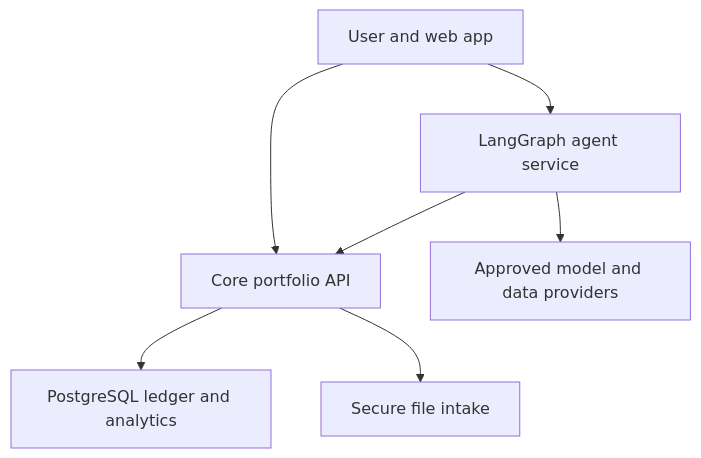
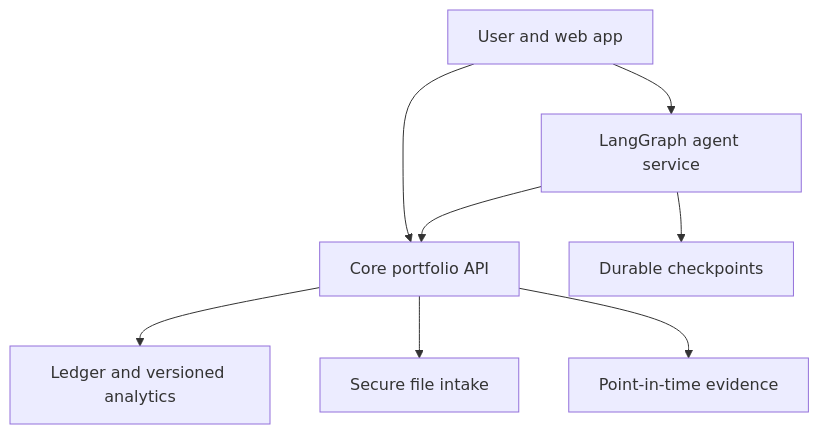
Before and after one commit to Bhargav2301/portfolio-intelligence: the diagram in README.md, drawn with Mermaid. The commit also changed other lines of this file and 34 other files, not shown here.

Commit message:
Implement deterministic R2 analytics and evidence-linked R3 agents

```diff
--- a/README.md
+++ b/README.md
@@ -75,9 +85,10 @@
 ~~~mermaid
 flowchart TD
     U["User and web app"] --> A["Core portfolio API"]
-    A --> D["PostgreSQL ledger and analytics"]
+    A --> D["Ledger and versioned analytics"]
     A --> F["Secure file intake"]
     U --> G["LangGraph agent service"]
     G --> A
-    G --> M["Approved model and data providers"]
+    G --> C["Durable checkpoints"]
+    A --> E["Point-in-time evidence"]
 ~~~
```
